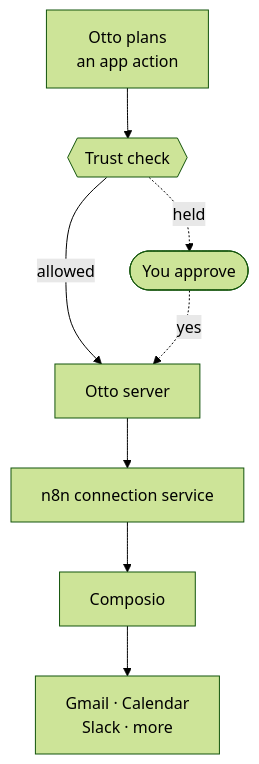
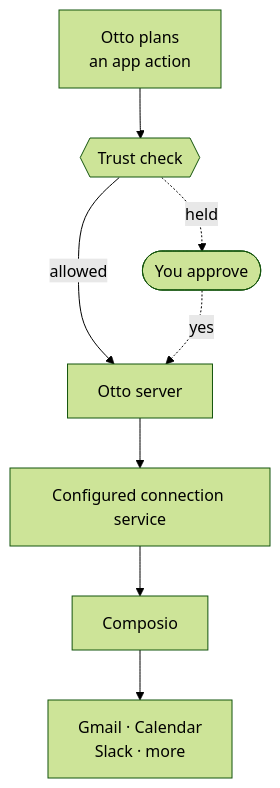
The diagram in docs/src/content/docs/connect/apps.mdx (n8n-io/nod), drawn with Mermaid (forest theme) before and after one commit. The commit also changed other lines of this file and 8 other files, not shown here.

````diff
--- a/docs/src/content/docs/connect/apps.mdx
+++ b/docs/src/content/docs/connect/apps.mdx
@@ -16,10 +16,10 @@
 ```mermaid
 flowchart TD
   otto[Otto plans<br/>an app action] --> trust{{Trust check}}:::accent
   trust -- allowed --> server[Otto server]
   trust -. held .-> you([You approve]):::accent
   you -. yes .-> server
-  server --> connection[n8n connection service]
+  server --> connection[Configured connection service]
   connection --> composio[Composio]
   composio --> apps[Gmail · Calendar<br/>Slack · more]
 ```
````
